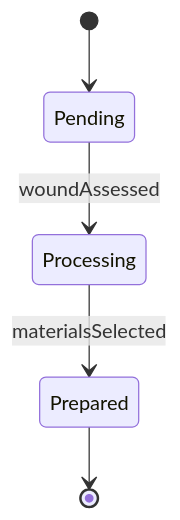
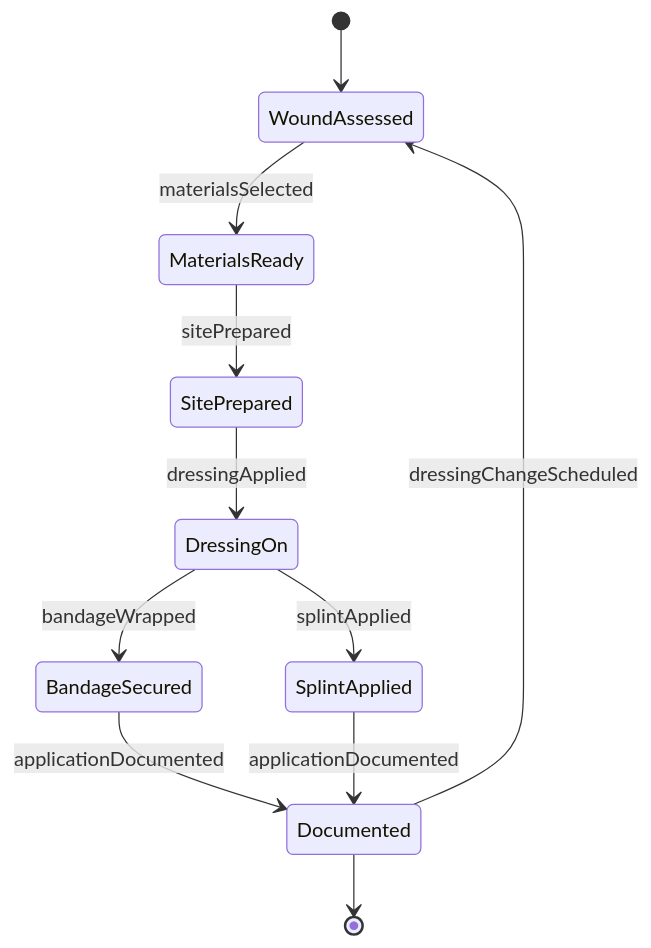
One commit to dot-org-ai/tasks.org.ai changed the second of 4 diagrams in AssistingAndCaringForOthers/AdministerBasicHealthCareOrMedicalTreatments/ApplyBandagesDressingsSplints.mdx. Above: the diagram before and after it, drawn with Mermaid. The commit also changed other lines of this file and 32 other files, not shown here.

First line of the commit message:
fix: Improve ER and State diagrams in 32 AssistingAndCaringForOthers DWA files

````diff
--- a/AssistingAndCaringForOthers/AdministerBasicHealthCareOrMedicalTreatments/ApplyBandagesDressingsSplints.mdx
+++ b/AssistingAndCaringForOthers/AdministerBasicHealthCareOrMedicalTreatments/ApplyBandagesDressingsSplints.mdx
@@ -99,7 +99,13 @@
 ```mermaid
 stateDiagram-v2
-    [*] --> Pending
-    Pending --> Processing : woundAssessed
-    Processing --> Prepared : materialsSelected
-    Prepared --> [*]
+    [*] --> WoundAssessed
+    WoundAssessed --> MaterialsReady : materialsSelected
+    MaterialsReady --> SitePrepared : sitePrepared
+    SitePrepared --> DressingOn : dressingApplied
+    DressingOn --> BandageSecured : bandageWrapped
+    DressingOn --> SplintApplied : splintApplied
+    BandageSecured --> Documented : applicationDocumented
+    SplintApplied --> Documented : applicationDocumented
+    Documented --> WoundAssessed : dressingChangeScheduled
+    Documented --> [*]
 ```
````
